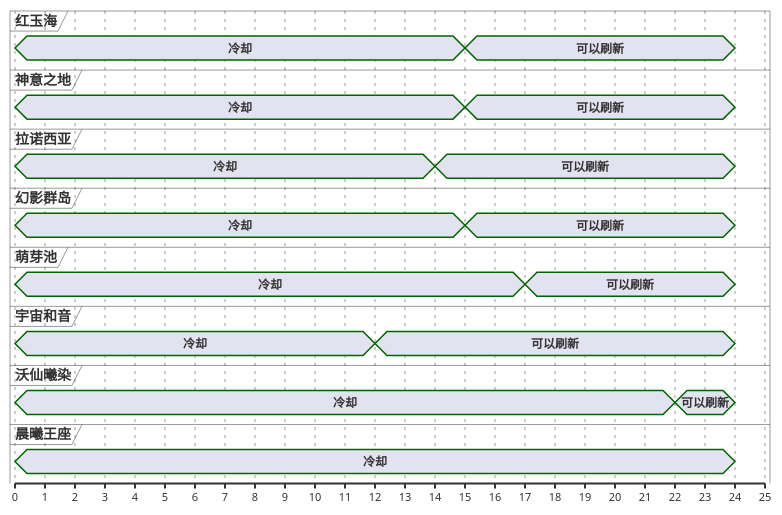
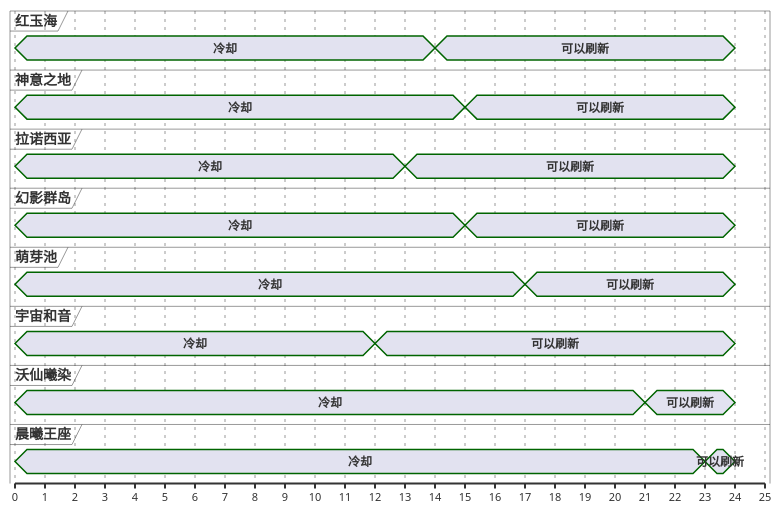
Before and after one commit to Eroleice/doc-pi: the first of 13 diagrams in ffxiv/hunt/2.0/Safat.md, drawn with PlantUML. The commit also changed other lines of this file and 38 other files, not shown here.

````diff
--- a/ffxiv/hunt/2.0/Safat.md
+++ b/ffxiv/hunt/2.0/Safat.md
@@ -33,54 +33,55 @@
 ```plantuml
 @startuml
 scale 1 as 30 pixels
 
 concise 红玉海
 concise 神意之地
 concise 拉诺西亚
 concise 幻影群岛
 concise 萌芽池
 concise 宇宙和音
 concise 沃仙曦染
 concise 晨曦王座
 
 @宇宙和音
 0 is 冷却
 12 is 可以刷新
 24 is {hidden}
 
 @拉诺西亚
 0 is 冷却
-14 is 可以刷新
+13 is 可以刷新
 24 is {hidden}
 
 @晨曦王座
 0 is 冷却
+23 is 可以刷新
 24 is {hidden}
 
 @红玉海
 0 is 冷却
-15 is 可以刷新
+14 is 可以刷新
 24 is {hidden}
 
 @神意之地
 0 is 冷却
 15 is 可以刷新
 24 is {hidden}
 
 @幻影群岛
 0 is 冷却
 15 is 可以刷新
 24 is {hidden}
 
 @萌芽池
 0 is 冷却
 17 is 可以刷新
 24 is {hidden}
 
 @沃仙曦染
 0 is 冷却
-22 is 可以刷新
+21 is 可以刷新
 24 is {hidden}
 
 @enduml
 ```
````
